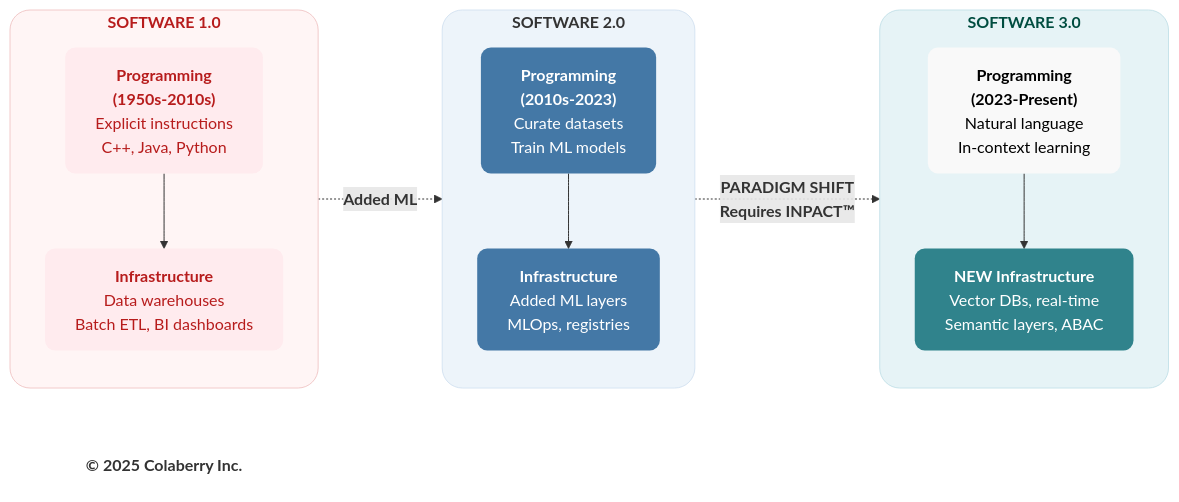
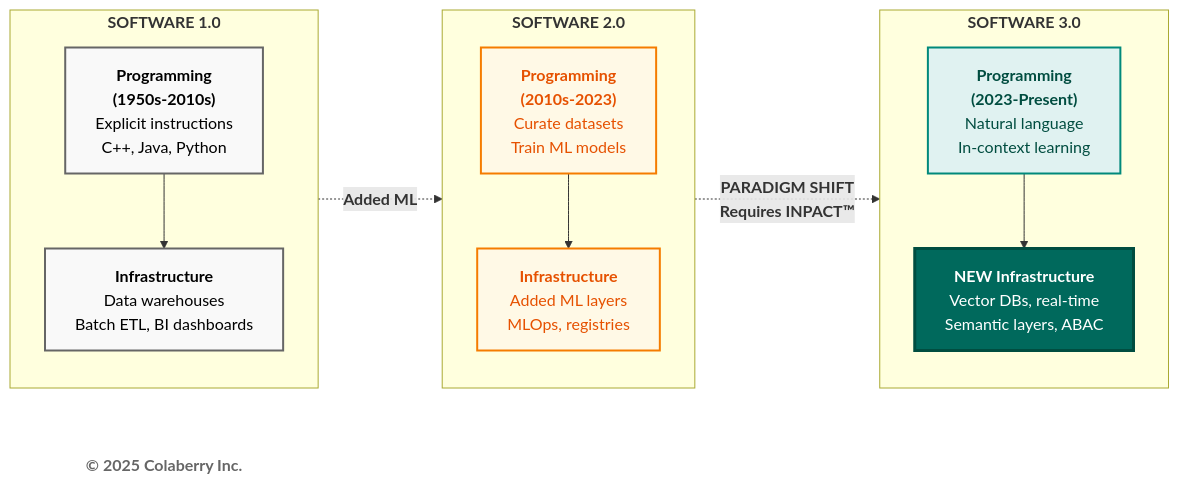
Before and after one commit to saitejesh-cyber/trust-before-intelligence-book: the second of 4 diagrams in manuscript/04_chapter_3_from_bi_to_agent.md, drawn with Mermaid. The commit also changed other lines of this file and 12 other files, not shown here.

Commit message:
Restore legacy Mermaid styles for Option 1

````diff
--- a/manuscript/04_chapter_3_from_bi_to_agent.md
+++ b/manuscript/04_chapter_3_from_bi_to_agent.md
@@ -139,46 +139,42 @@
 ```mermaid
 graph LR
     subgraph era1["<b>SOFTWARE 1.0</b>"]
         direction TB
         P1["<b>Programming</b><br/><b>(1950s-2010s)</b><br/>Explicit instructions<br/>C++, Java, Python"]
         I1["<b>Infrastructure</b><br/>Data warehouses<br/>Batch ETL, BI dashboards"]
         P1 --> I1
     end
     
     subgraph era2["<b>SOFTWARE 2.0</b>"]
         direction TB
         P2["<b>Programming</b><br/><b>(2010s-2023)</b><br/>Curate datasets<br/>Train ML models"]
         I2["<b>Infrastructure</b><br/>Added ML layers<br/>MLOps, registries"]
         P2 --> I2
     end
     
     subgraph era3["<b>SOFTWARE 3.0</b>"]
         direction TB
         P3["<b>Programming</b><br/><b>(2023-Present)</b><br/>Natural language<br/>In-context learning"]
         I3["<b>NEW Infrastructure</b><br/>Vector DBs, real-time<br/>Semantic layers, ABAC"]
         P3 --> I3
     end
     
+    Copyright["<b>© 2025 Colaberry Inc.</b>"]
+    
     era1 -.->|<b>Added ML</b>| era2
-    era2 -.->|<b>PARADIGM SHIFT<br/>Requires INPACT™</b>| era3
+    era2 -.->|<b>PARADIGM SHIFT <br> Requires INPACT™ </b>| era3
     
-    Copyright["<b>© 2025 Colaberry Inc.</b>"]
-
-    %% 🔴 SOFTWARE 1.0 — FAILURE / BI-ERA
-    style era1 fill:#fff5f5,stroke:#f2caca,stroke-width:1px,color:#b71c1c,rx:20,ry:20
-    style P1 fill:#ffebee,stroke:none,color:#b71c1c,rx:10,ry:10
-    style I1 fill:#ffebee,stroke:none,color:#b71c1c,rx:10,ry:10
-
-    %% 🟠 SOFTWARE 2.0 — INTERMEDIATE / PRESSURE
-    style era2 fill:#edf4fa,stroke:#d6e4f2,stroke-width:1px,color:#333333,rx:20,ry:20
-    style P2 fill:#4478A6,stroke:none,color:#ffffff,rx:10,ry:10
-    style I2 fill:#4478A6,stroke:none,color:#ffffff,rx:10,ry:10
-
-    %% 🟢 SOFTWARE 3.0 — TRUSTED / INPACT™-FULFILLED
-    style era3 fill:#e6f3f6,stroke:#c7e3ea,stroke-width:1px,color:#004d40,rx:20,ry:20
-    style P3 fill:#f9f9f9,stroke:none,color:#000000,rx:10,ry:10
-    style I3 fill:#30838C,stroke:none,color:#ffffff,rx:10,ry:10
-
-    %% FOOTER
-    style Copyright fill:none,stroke:none,color:#333333
+    %% Era 1 - Neutral/Gray (Old)
+    style P1 fill:#f9f9f9,stroke:#666666,stroke-width:2px,color:#000000
+    style I1 fill:#f9f9f9,stroke:#666666,stroke-width:2px,color:#000000
+    
+    %% Era 2 - Orange (Transition/ML Addition)
+    style P2 fill:#fff9e6,stroke:#f57c00,stroke-width:2px,color:#e65100
+    style I2 fill:#fff9e6,stroke:#f57c00,stroke-width:2px,color:#e65100
+    
+    %% Era 3 - Teal (Modern/Agent-Ready)
+    style P3 fill:#e0f2f1,stroke:#00897b,stroke-width:2px,color:#004d40
+    style I3 fill:#00695c,color:#ffffff,stroke:#004d40,stroke-width:3px
+    
+    style Copyright fill:#ffffff,stroke:none,color:#666666
 ```
````
